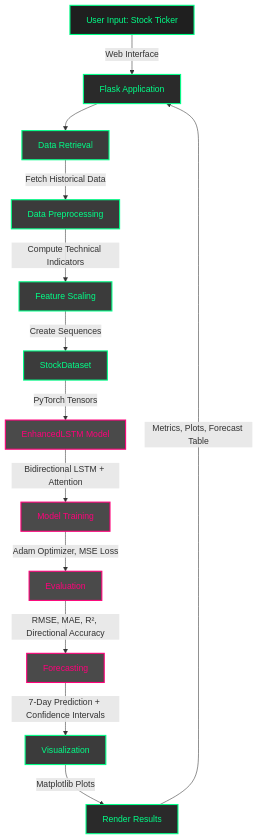
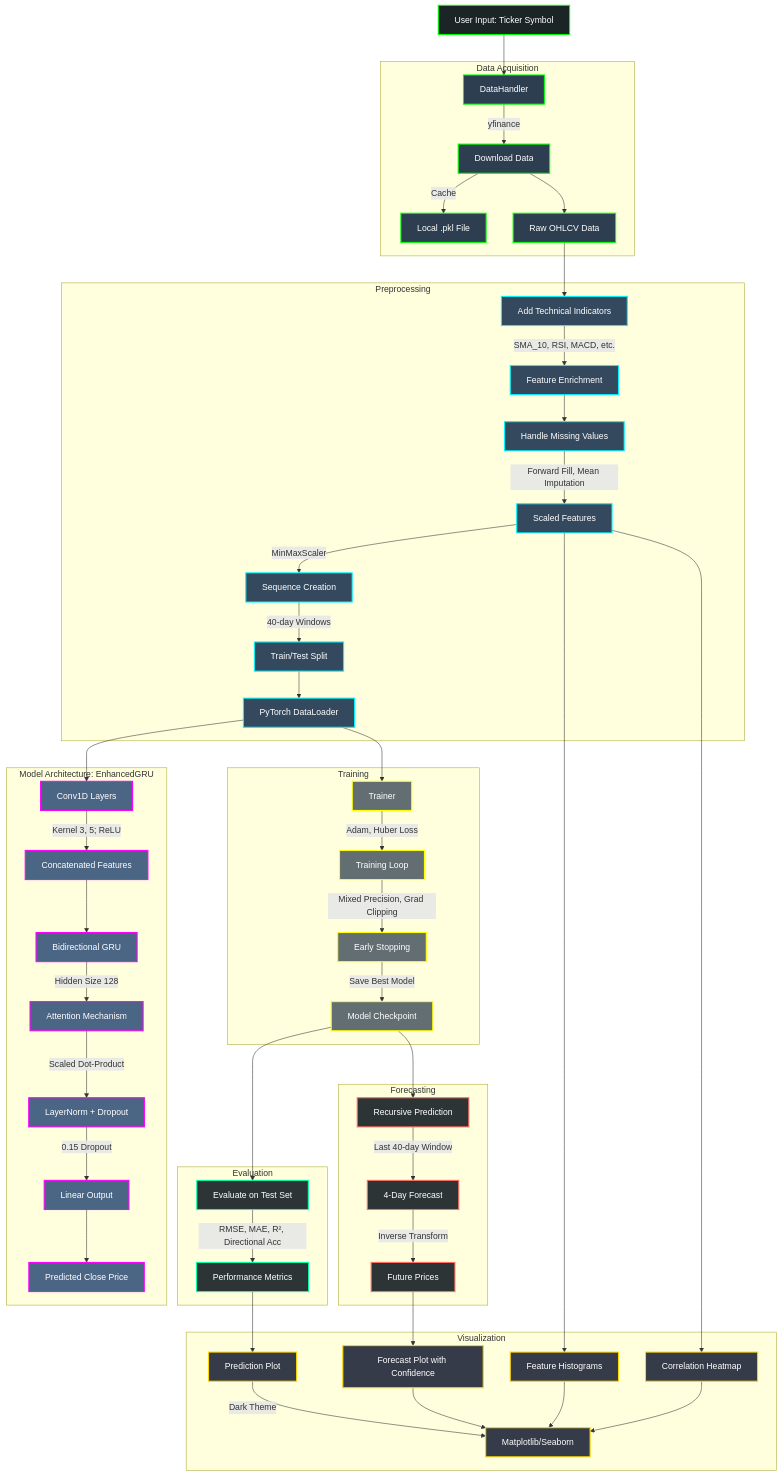
Before and after one commit to say217/APEXORA: the third of 3 diagrams in README.md, drawn with Mermaid. The commit also changed other lines of this file, not shown here.

````diff
--- a/README.md
+++ b/README.md
@@ -304,28 +373,93 @@
 ```mermaid
 graph TD
-    A[User Input: Stock Ticker] -->|Web Interface| B[Flask Application]
-    B --> C[Data Retrieval]
-    C -->|Fetch Historical Data| D[Data Preprocessing]
-    D -->|Compute Technical Indicators| E[Feature Scaling]
-    E -->|Create Sequences| F[StockDataset]
-    F -->|PyTorch Tensors| G[EnhancedLSTM Model]
-    G -->|Bidirectional LSTM + Attention| H[Model Training]
-    H -->|Adam Optimizer, MSE Loss| I[Evaluation]
-    I -->|RMSE, MAE, R², Directional Accuracy| J[Forecasting]
-    J -->|7-Day Prediction + Confidence Intervals| K[Visualization]
-    K -->|Matplotlib Plots| L[Render Results]
-    L -->|Metrics, Plots, Forecast Table| B
-
-    style A fill:#1f1f1f,stroke:#00ff88,stroke-width:2px,color:#00ff88
-    style B fill:#2a2a2a,stroke:#00ff88,stroke-width:2px,color:#00ff88
-    style C fill:#3b3b3b,stroke:#00ff88,stroke-width:2px,color:#00ff88
-    style D fill:#3b3b3b,stroke:#00ff88,stroke-width:2px,color:#00ff88
-    style E fill:#3b3b3b,stroke:#00ff88,stroke-width:2px,color:#00ff88
-    style F fill:#3b3b3b,stroke:#00ff88,stroke-width:2px,color:#00ff88
-    style G fill:#4a4a4a,stroke:#ff007a,stroke-width:2px,color:#ff007a
-    style H fill:#4a4a4a,stroke:#ff007a,stroke-width:2px,color:#ff007a
-    style I fill:#4a4a4a,stroke:#ff007a,stroke-width:2px,color:#ff007a
-    style J fill:#4a4a4a,stroke:#ff007a,stroke-width:2px,color:#ff007a
-    style K fill:#3b3b3b,stroke:#00ff88,stroke-width:2px,color:#00ff88
-    style L fill:#2a2a2a,stroke:#00ff88,stroke-width:2px,color:#00ff88
+    A[User Input: Ticker Symbol] --> B[DataHandler]
+    
+    subgraph Data Acquisition
+        B -->|yfinance| C[Download Data]
+        C -->|Cache| D[Local .pkl File]
+        C --> E[Raw OHLCV Data]
+    end
+    
+    subgraph Preprocessing
+        E --> F[Add Technical Indicators]
+        F -->|SMA_10, RSI, MACD, etc.| G[Feature Enrichment]
+        G --> H[Handle Missing Values]
+        H -->|Forward Fill, Mean Imputation| I[Scaled Features]
+        I -->|MinMaxScaler| J[Sequence Creation]
+        J -->|40-day Windows| K[Train/Test Split]
+        K --> L[PyTorch DataLoader]
+    end
+    
+    subgraph Model Architecture: EnhancedGRU
+        L --> M[Conv1D Layers]
+        M -->|Kernel 3, 5; ReLU| N[Concatenated Features]
+        N --> O[Bidirectional GRU]
+        O -->|Hidden Size 128| P[Attention Mechanism]
+        P -->|Scaled Dot-Product| Q[LayerNorm + Dropout]
+        Q -->|0.15 Dropout| R[Linear Output]
+        R --> S[Predicted Close Price]
+    end
+    
+    subgraph Training
+        L --> T[Trainer]
+        T -->|Adam, Huber Loss| U[Training Loop]
+        U -->|Mixed Precision, Grad Clipping| V[Early Stopping]
+        V -->|Save Best Model| W[Model Checkpoint]
+    end
+    
+    subgraph Evaluation
+        W --> X[Evaluate on Test Set]
+        X -->|RMSE, MAE, R², Directional Acc| Y[Performance Metrics]
+    end
+    
+    subgraph Forecasting
+        W --> Z[Recursive Prediction]
+        Z -->|Last 40-day Window| AA[4-Day Forecast]
+        AA -->|Inverse Transform| AB[Future Prices]
+    end
+    
+    subgraph Visualization
+        Y --> AC[Prediction Plot]
+        AB --> AD[Forecast Plot with Confidence]
+        I --> AE[Feature Histograms]
+        I --> AF[Correlation Heatmap]
+        AC -->|Dark Theme| AG[Matplotlib/Seaborn]
+        AD --> AG
+        AE --> AG
+        AF --> AG
+    end
+    
+    style A fill:#1c2526,stroke:#00ff00,stroke-width:2px,color:#ffffff
+    style B fill:#2c3e50,stroke:#00ff00,stroke-width:2px,color:#ffffff
+    style C fill:#2c3e50,stroke:#00ff00,stroke-width:2px,color:#ffffff
+    style D fill:#2c3e50,stroke:#00ff00,stroke-width:2px,color:#ffffff
+    style E fill:#2c3e50,stroke:#00ff00,stroke-width:2px,color:#ffffff
+    style F fill:#34495e,stroke:#00f7ff,stroke-width:2px,color:#ffffff
+    style G fill:#34495e,stroke:#00f7ff,stroke-width:2px,color:#ffffff
+    style H fill:#34495e,stroke:#00f7ff,stroke-width:2px,color:#ffffff
+    style I fill:#34495e,stroke:#00f7ff,stroke-width:2px,color:#ffffff
+    style J fill:#34495e,stroke:#00f7ff,stroke-width:2px,color:#ffffff
+    style K fill:#34495e,stroke:#00f7ff,stroke-width:2px,color:#ffffff
+    style L fill:#34495e,stroke:#00f7ff,stroke-width:2px,color:#ffffff
+    style M fill:#4b6584,stroke:#ff00ff,stroke-width:2px,color:#ffffff
+    style N fill:#4b6584,stroke:#ff00ff,stroke-width:2px,color:#ffffff
+    style O fill:#4b6584,stroke:#ff00ff,stroke-width:2px,color:#ffffff
+    style P fill:#4b6584,stroke:#ff00ff,stroke-width:2px,color:#ffffff
+    style Q fill:#4b6584,stroke:#ff00ff,stroke-width:2px,color:#ffffff
+    style R fill:#4b6584,stroke:#ff00ff,stroke-width:2px,color:#ffffff
+    style S fill:#4b6584,stroke:#ff00ff,stroke-width:2px,color:#ffffff
+    style T fill:#636e72,stroke:#ffff00,stroke-width:2px,color:#ffffff
+    style U fill:#636e72,stroke:#ffff00,stroke-width:2px,color:#ffffff
+    style V fill:#636e72,stroke:#ffff00,stroke-width:2px,color:#ffffff
+    style W fill:#636e72,stroke:#ffff00,stroke-width:2px,color:#ffffff
+    style X fill:#2d3436,stroke:#00ffab,stroke-width:2px,color:#ffffff
+    style Y fill:#2d3436,stroke:#00ffab,stroke-width:2px,color:#ffffff
+    style Z fill:#2d3436,stroke:#ff6f61,stroke-width:2px,color:#ffffff
+    style AA fill:#2d3436,stroke:#ff6f61,stroke-width:2px,color:#ffffff
+    style AB fill:#2d3436,stroke:#ff6f61,stroke-width:2px,color:#ffffff
+    style AC fill:#353b48,stroke:#ffd700,stroke-width:2px,color:#ffffff
+    style AD fill:#353b48,stroke:#ffd700,stroke-width:2px,color:#ffffff
+    style AE fill:#353b48,stroke:#ffd700,stroke-width:2px,color:#ffffff
+    style AF fill:#353b48,stroke:#ffd700,stroke-width:2px,color:#ffffff
+    style AG fill:#353b48,stroke:#ffd700,stroke-width:2px,color:#ffffff
 ```
````
